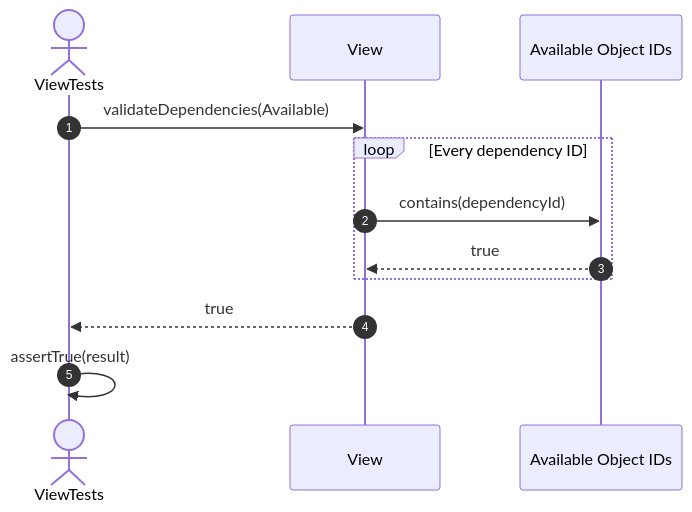
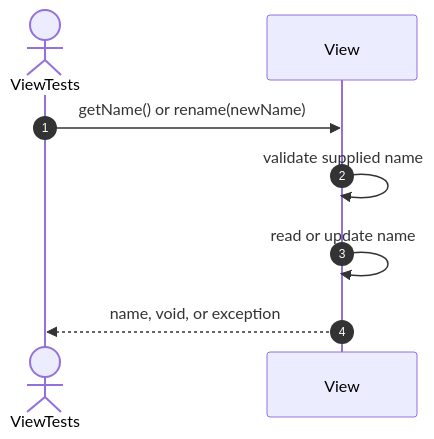
One commit to FhuAnn/-bbv-AN-s-DBMS changed diagram 14 of 48 in src/tests/unit/metadata/docs/view-testing.se.md. Above: the diagram before and after it, drawn with Mermaid. The commit also changed other lines of this file and 7 other files, not shown here.

Commit message:
update detail testing process up to now in readme, update constraint testing sequences

````diff
--- a/src/tests/unit/metadata/docs/view-testing.se.md
+++ b/src/tests/unit/metadata/docs/view-testing.se.md
@@ -239,16 +187,10 @@
 ```mermaid
 sequenceDiagram
     autonumber
     actor Test as ViewTests
     participant View as View
-    participant Available as Available Object IDs
-
-    Test->>View: validateDependencies(Available)
-    loop Every dependency ID
-        View->>Available: contains(dependencyId)
-        Available-->>View: true
-    end
-    View-->>Test: true
-
-    Test->>Test: assertTrue(result)
+    Test->>View: getName() or rename(newName)
+    View->>View: validate supplied name
+    View->>View: read or update name
+    View-->>Test: name, void, or exception
 ```
````
